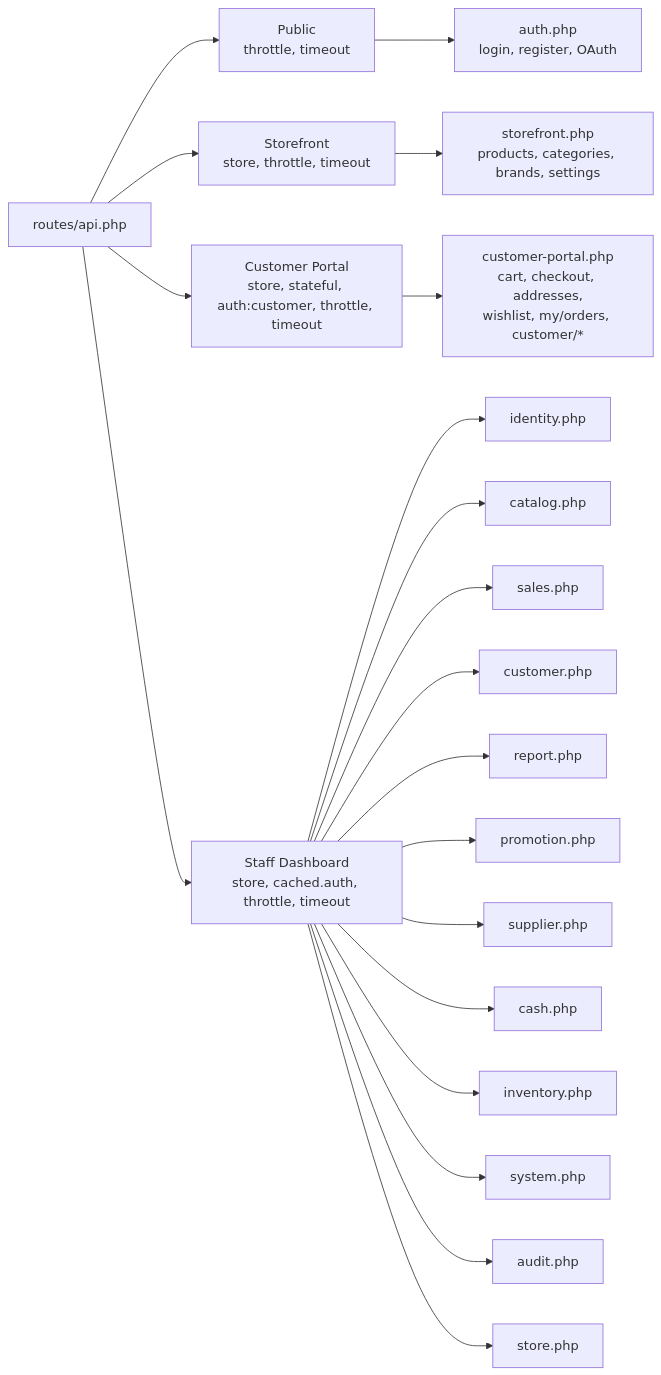
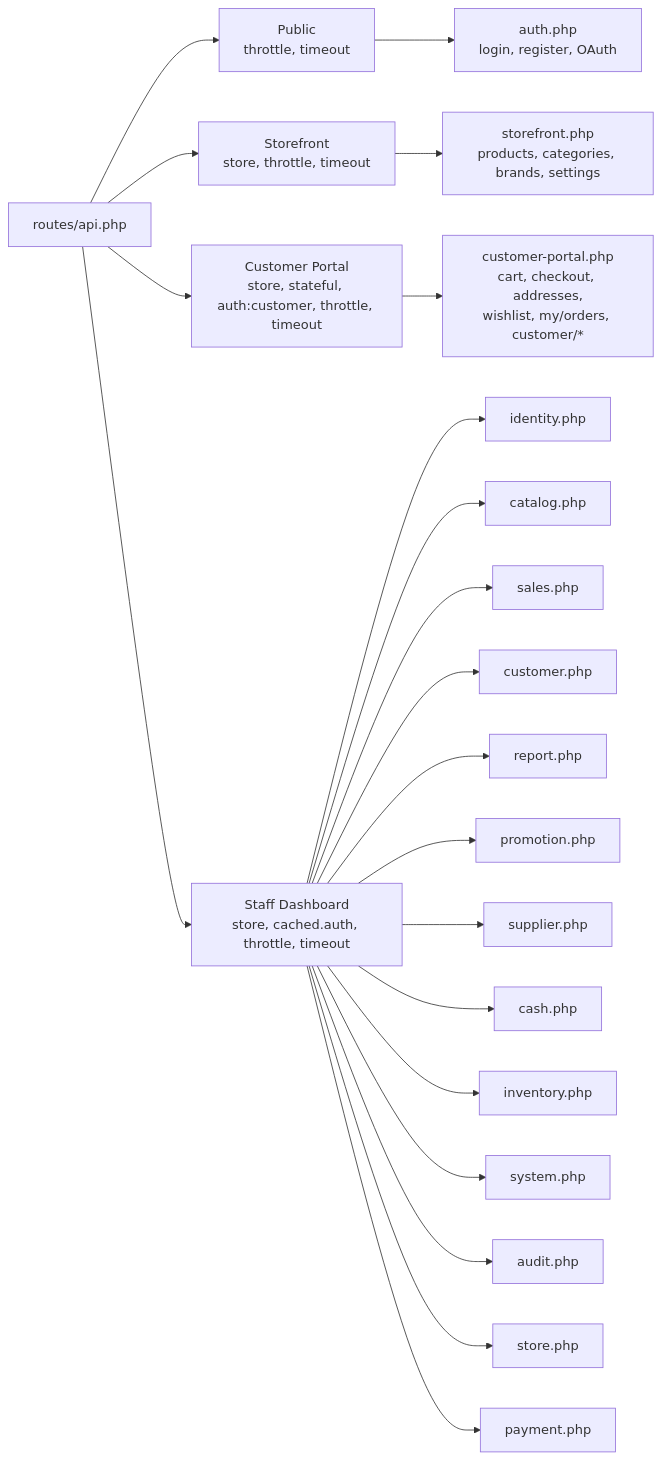
The third of 5 diagrams in docs/ARCHITECTURE.md (VenuxAK/Simp-eCommerce-API), drawn with Mermaid before and after one commit. The commit also changed other lines of this file and 2 other files, not shown here.

First line of the commit message:
docs: update API, ARCHITECTURE, and SPECIFICATION specifications

````diff
--- a/docs/ARCHITECTURE.md
+++ b/docs/ARCHITECTURE.md
@@ -153,26 +154,27 @@
 ```mermaid
 graph LR
     A[routes/api.php] --> B[Public<br/>throttle, timeout]
     A --> C[Storefront<br/>store, throttle, timeout]
     A --> D[Customer Portal<br/>store, stateful, auth:customer, throttle, timeout]
     A --> E[Staff Dashboard<br/>store, cached.auth, throttle, timeout]
 
     B --> B1[auth.php<br/>login, register, OAuth]
 
     C --> C1[storefront.php<br/>products, categories, brands, settings]
 
     D --> D1[customer-portal.php<br/>cart, checkout, addresses,<br/>wishlist, my/orders, customer/*]
 
     E --> E1[identity.php]
     E --> E2[catalog.php]
     E --> E3[sales.php]
     E --> E4[customer.php]
     E --> E5[report.php]
     E --> E6[promotion.php]
     E --> E7[supplier.php]
     E --> E8[cash.php]
     E --> E9[inventory.php]
     E --> E10[system.php]
     E --> E11[audit.php]
     E --> E12[store.php]
+    E --> E13[payment.php]
 ```
````
